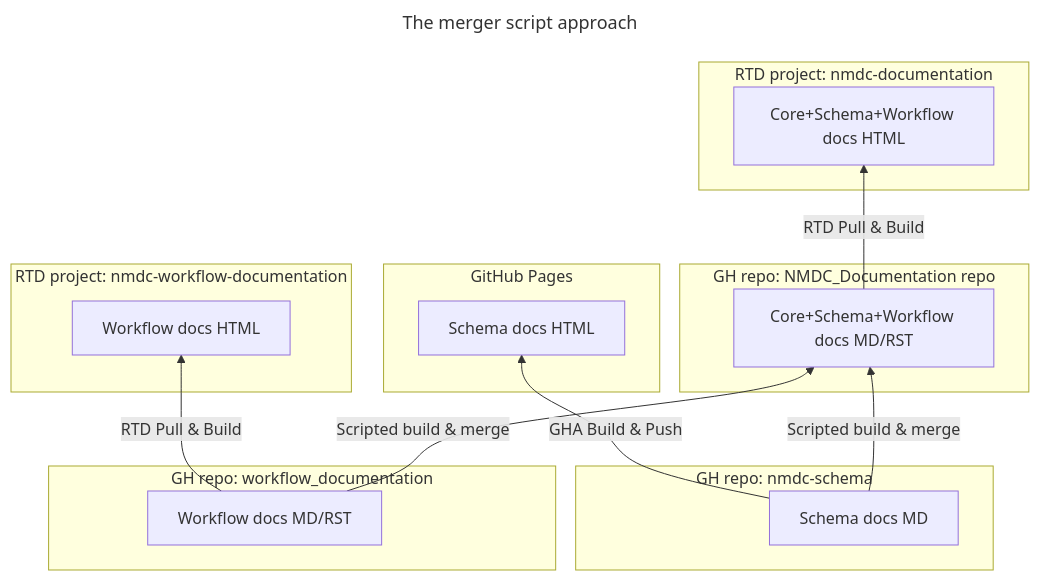
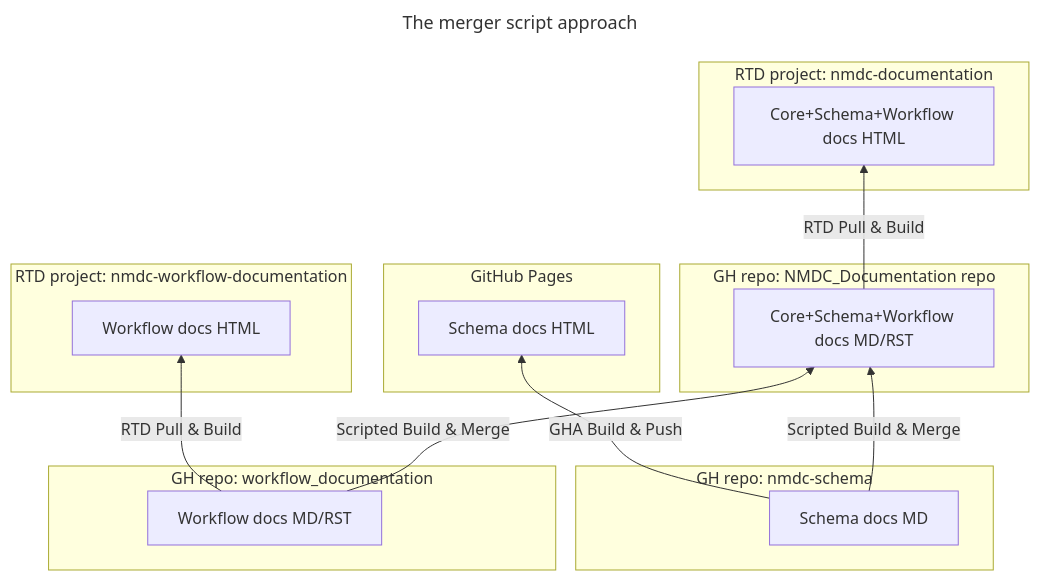
The first of 2 diagrams in decisions/0010-documentation-setup.md (microbiomedata/issues), drawn with Mermaid before and after one commit.

Commit message:
Standardize letter casing in Mermaid chart arrow labels

````diff
--- a/decisions/0010-documentation-setup.md
+++ b/decisions/0010-documentation-setup.md
@@ -23,36 +23,36 @@
 ```mermaid
 ---
 title: The merger script approach
 ---
 graph BT;
     subgraph "GH repo: NMDC_Documentation repo"
         core_doc_src["Core+Schema+Workflow docs MD/RST"]
     end
 
     subgraph "GH repo: nmdc-schema"
         schema_doc_src["Schema docs MD"]
     end
 
     workflow_doc_src --> | RTD Pull & Build | workflow_doc_dist
     schema_doc_src --> | GHA Build & Push | schema_doc_dist
-    workflow_doc_src --> | Scripted build & merge | core_doc_src
-    schema_doc_src --> | Scripted build & merge | core_doc_src
+    workflow_doc_src --> | Scripted Build & Merge | core_doc_src
+    schema_doc_src --> | Scripted Build & Merge | core_doc_src
     
     subgraph "GH repo: workflow_documentation"
         workflow_doc_src["Workflow docs MD/RST"]
     end
 
     subgraph "RTD project: nmdc-workflow-documentation"
         workflow_doc_dist["Workflow docs HTML"]
     end
 
     subgraph "GitHub Pages"
         schema_doc_dist["Schema docs HTML"]
     end
 
     subgraph "RTD project: nmdc-documentation"
         main_doc_dist["Core+Schema+Workflow docs HTML"]
     end
 
     core_doc_src --> | RTD Pull & Build | main_doc_dist
 ```
````
